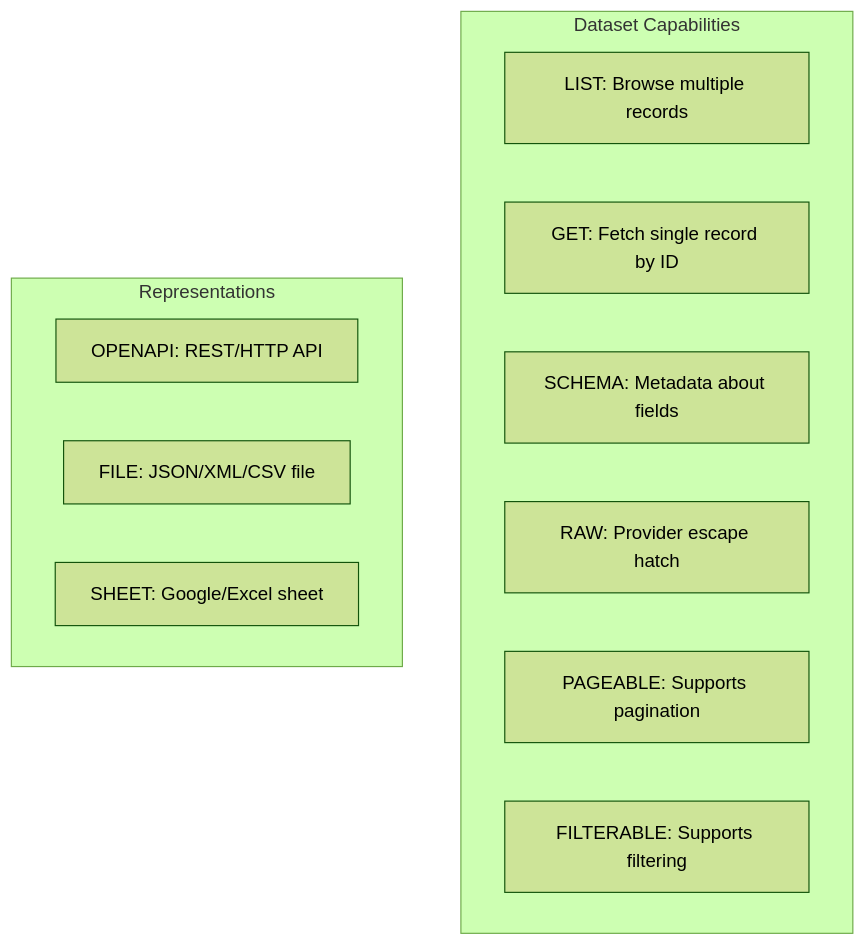
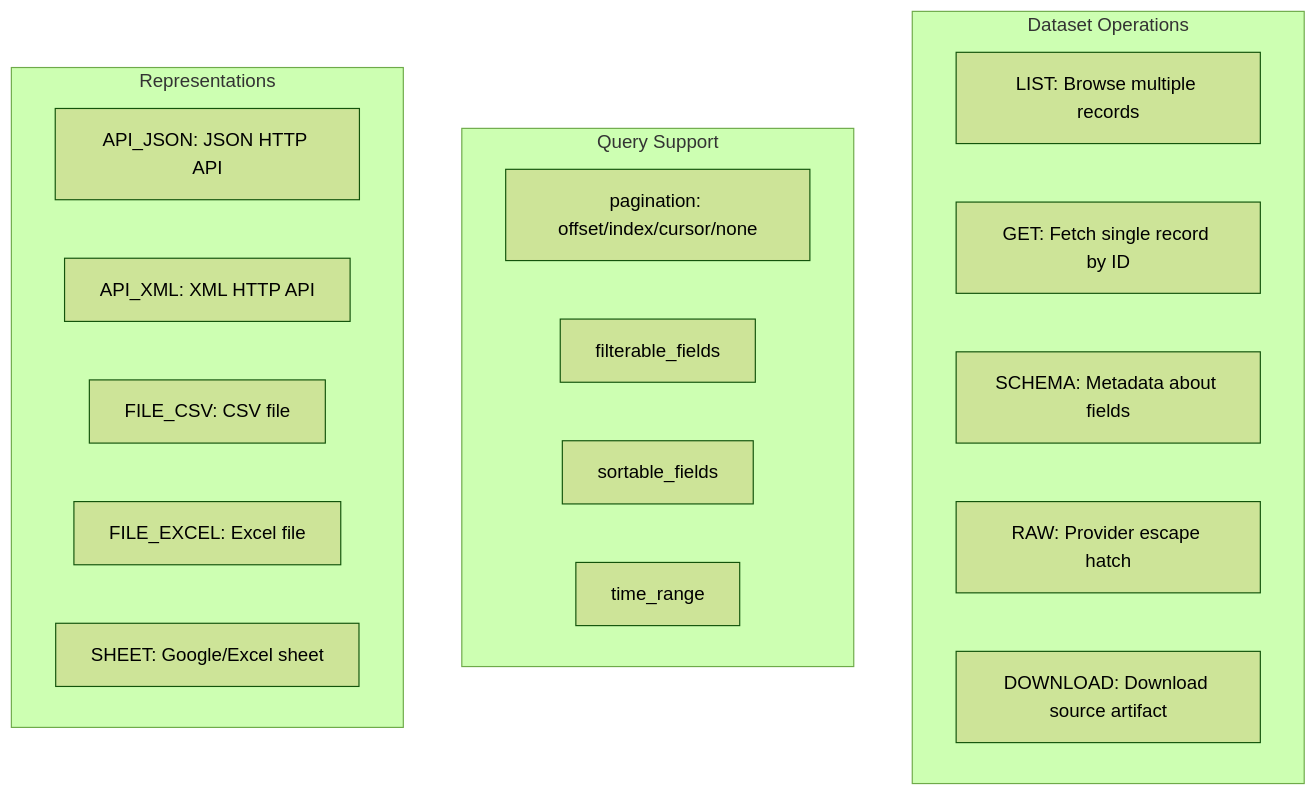
One commit to yeongseon/kpubdata changed the third of 3 diagrams in CANONICAL_MODEL.md. Above: the diagram before and after it, drawn with Mermaid (forest theme). The commit also changed other lines of this file and 1 other file, not shown here.

````diff
--- a/CANONICAL_MODEL.md
+++ b/CANONICAL_MODEL.md
@@ -205,17 +218,25 @@
 ```mermaid
 graph TD
-    subgraph Capabilities [Dataset Capabilities]
+    subgraph Operations [Dataset Operations]
         LIST[LIST: Browse multiple records]
         GET[GET: Fetch single record by ID]
         SCHEMA[SCHEMA: Metadata about fields]
         RAW[RAW: Provider escape hatch]
-        PAGEABLE[PAGEABLE: Supports pagination]
-        FILTERABLE[FILTERABLE: Supports filtering]
+        DOWNLOAD[DOWNLOAD: Download source artifact]
+    end
+
+    subgraph QuerySupport [Query Support]
+        PAGINATION[pagination: offset/index/cursor/none]
+        FILTERABLE[filterable_fields]
+        SORTABLE[sortable_fields]
+        TIME_RANGE[time_range]
     end
 
     subgraph Reps [Representations]
-        OPENAPI[OPENAPI: REST/HTTP API]
-        FILE[FILE: JSON/XML/CSV file]
+        API_JSON[API_JSON: JSON HTTP API]
+        API_XML[API_XML: XML HTTP API]
+        FILE_CSV[FILE_CSV: CSV file]
+        FILE_EXCEL[FILE_EXCEL: Excel file]
         SHEET[SHEET: Google/Excel sheet]
     end
 ```
````
